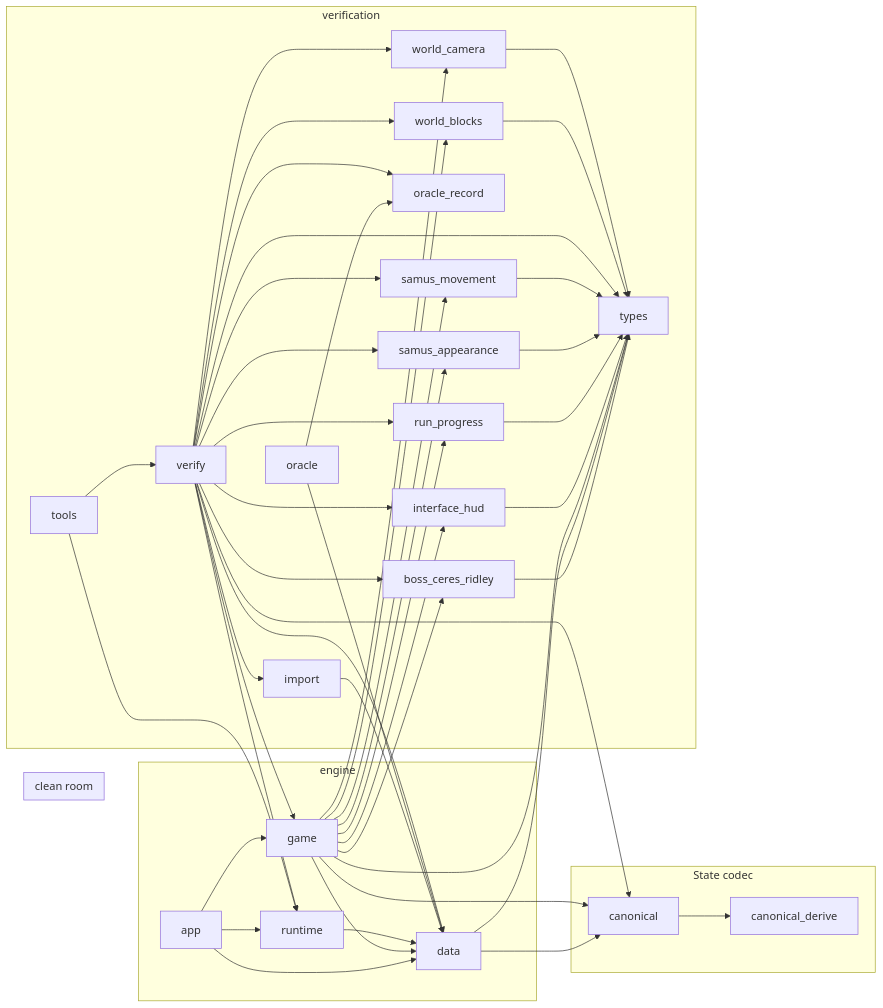
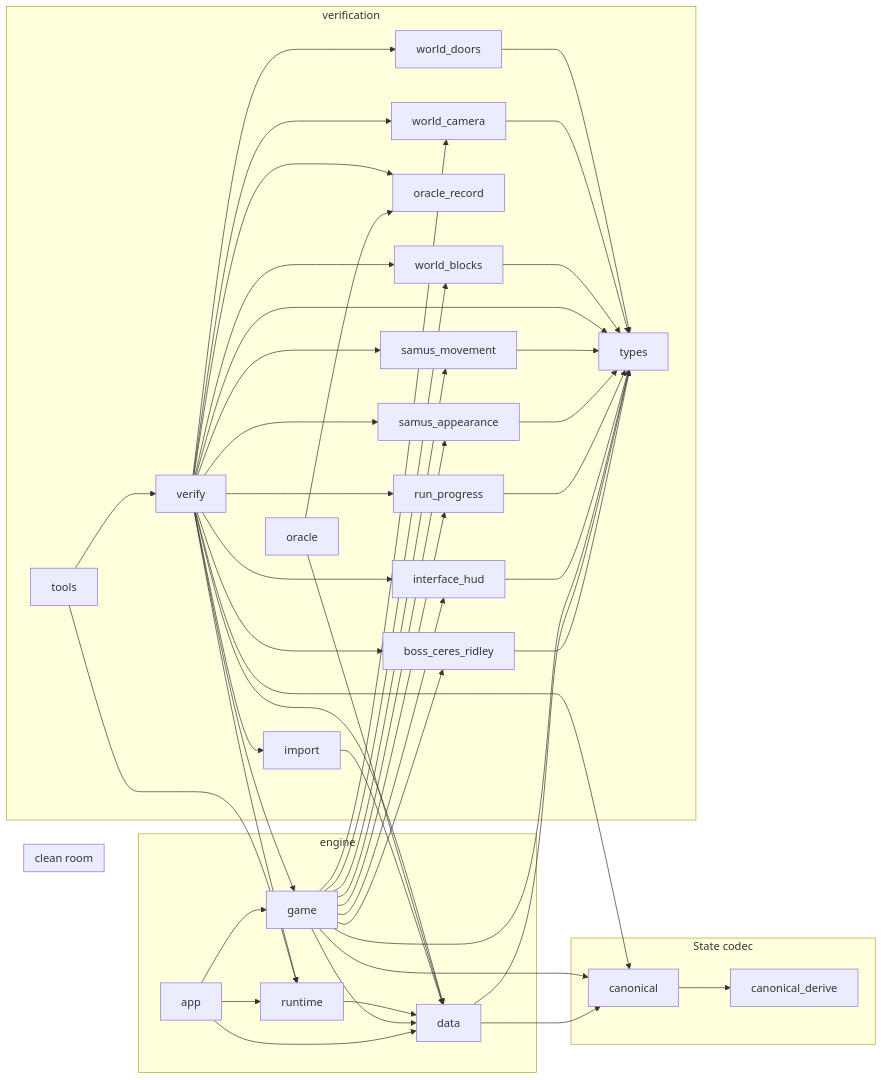
The second of 10 diagrams in docs/REPORT.md (JimLundin/sm-decomp), drawn with Mermaid before and after one commit. The commit also changed other lines of this file and 34 other files, not shown here.

````diff
--- a/docs/REPORT.md
+++ b/docs/REPORT.md
@@ -950,73 +1021,76 @@
 ```mermaid
 graph LR
   subgraph engine["engine"]
     c_app["app"]
     c_data["data"]
     c_game["game"]
     c_runtime["runtime"]
   end
   subgraph clean["clean room"]
   end
   subgraph codec["State codec"]
     c_canonical["canonical"]
     c_canonical_derive["canonical_derive"]
   end
   subgraph verification["verification"]
     c_boss_ceres_ridley["boss_ceres_ridley"]
     c_import["import"]
     c_interface_hud["interface_hud"]
     c_oracle["oracle"]
     c_oracle_record["oracle_record"]
     c_run_progress["run_progress"]
     c_samus_appearance["samus_appearance"]
     c_samus_movement["samus_movement"]
     c_tools["tools"]
     c_types["types"]
     c_verify["verify"]
     c_world_blocks["world_blocks"]
     c_world_camera["world_camera"]
+    c_world_doors["world_doors"]
   end
   c_app --> c_data
   c_app --> c_game
   c_app --> c_runtime
   c_boss_ceres_ridley --> c_types
   c_canonical --> c_canonical_derive
   c_data --> c_canonical
   c_data --> c_types
   c_game --> c_boss_ceres_ridley
   c_game --> c_canonical
   c_game --> c_data
   c_game --> c_interface_hud
   c_game --> c_run_progress
   c_game --> c_samus_appearance
   c_game --> c_samus_movement
   c_game --> c_types
   c_game --> c_world_blocks
   c_game --> c_world_camera
   c_import --> c_data
   c_interface_hud --> c_types
   c_oracle --> c_data
   c_oracle --> c_oracle_record
   c_run_progress --> c_types
   c_runtime --> c_data
   c_samus_appearance --> c_types
   c_samus_movement --> c_types
   c_tools --> c_runtime
   c_tools --> c_verify
   c_verify --> c_boss_ceres_ridley
   c_verify --> c_canonical
   c_verify --> c_data
   c_verify --> c_game
   c_verify --> c_import
   c_verify --> c_interface_hud
   c_verify --> c_oracle_record
   c_verify --> c_run_progress
   c_verify --> c_runtime
   c_verify --> c_samus_appearance
   c_verify --> c_samus_movement
   c_verify --> c_types
   c_verify --> c_world_blocks
   c_verify --> c_world_camera
+  c_verify --> c_world_doors
   c_world_blocks --> c_types
   c_world_camera --> c_types
+  c_world_doors --> c_types
 ```
````
